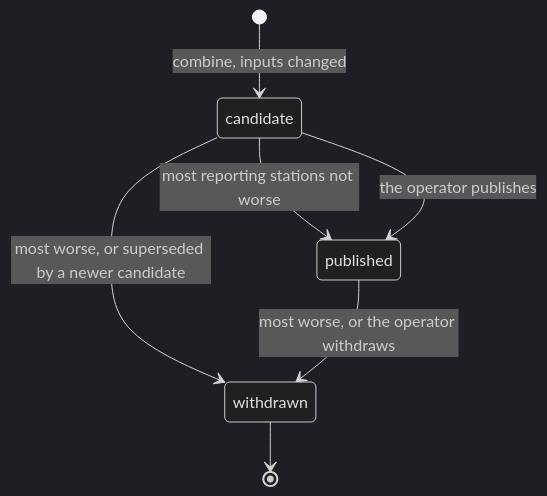
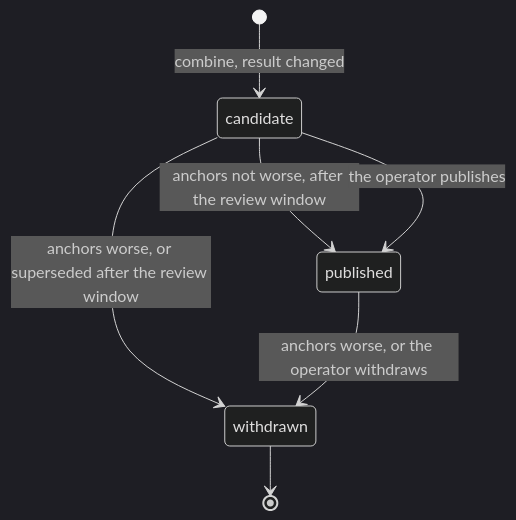
Before and after one commit to michaelpietzsch/vinyl-mind: the third of 3 diagrams in docs/overview.md, drawn with Mermaid (dark theme). The commit also changed other lines of this file and 9 other files, not shown here.

Commit message:
Docs for 0.1.8: anchors, the band, the review window, the event log, the hardened protocol, new simulation numbers

````diff
--- a/docs/overview.md
+++ b/docs/overview.md
@@ -66,9 +66,9 @@
 ```mermaid
 stateDiagram-v2
-    [*] --> candidate: combine, inputs changed
-    candidate --> published: most reporting stations not worse
-    candidate --> withdrawn: most worse, or superseded by a newer candidate
-    published --> withdrawn: most worse, or the operator withdraws
+    [*] --> candidate: combine, result changed
+    candidate --> published: anchors not worse, after the review window
+    candidate --> withdrawn: anchors worse, or superseded after the review window
+    published --> withdrawn: anchors worse, or the operator withdraws
     candidate --> published: the operator publishes
     withdrawn --> [*]
 ```
````
